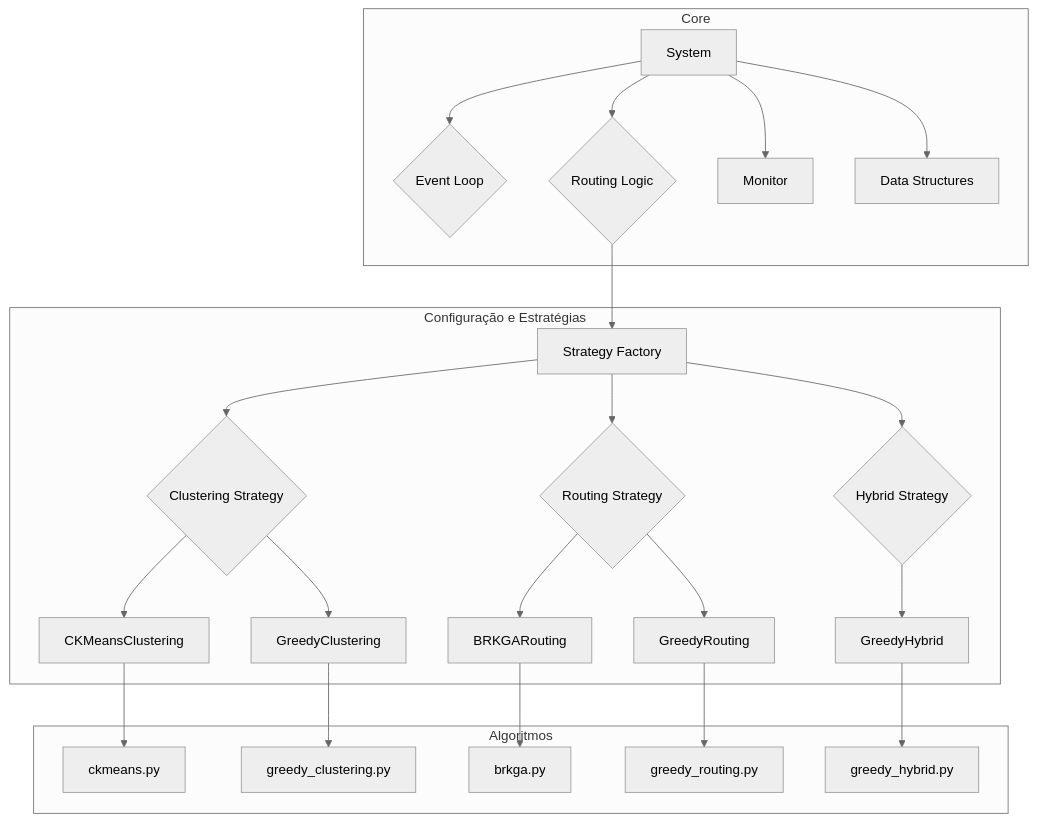
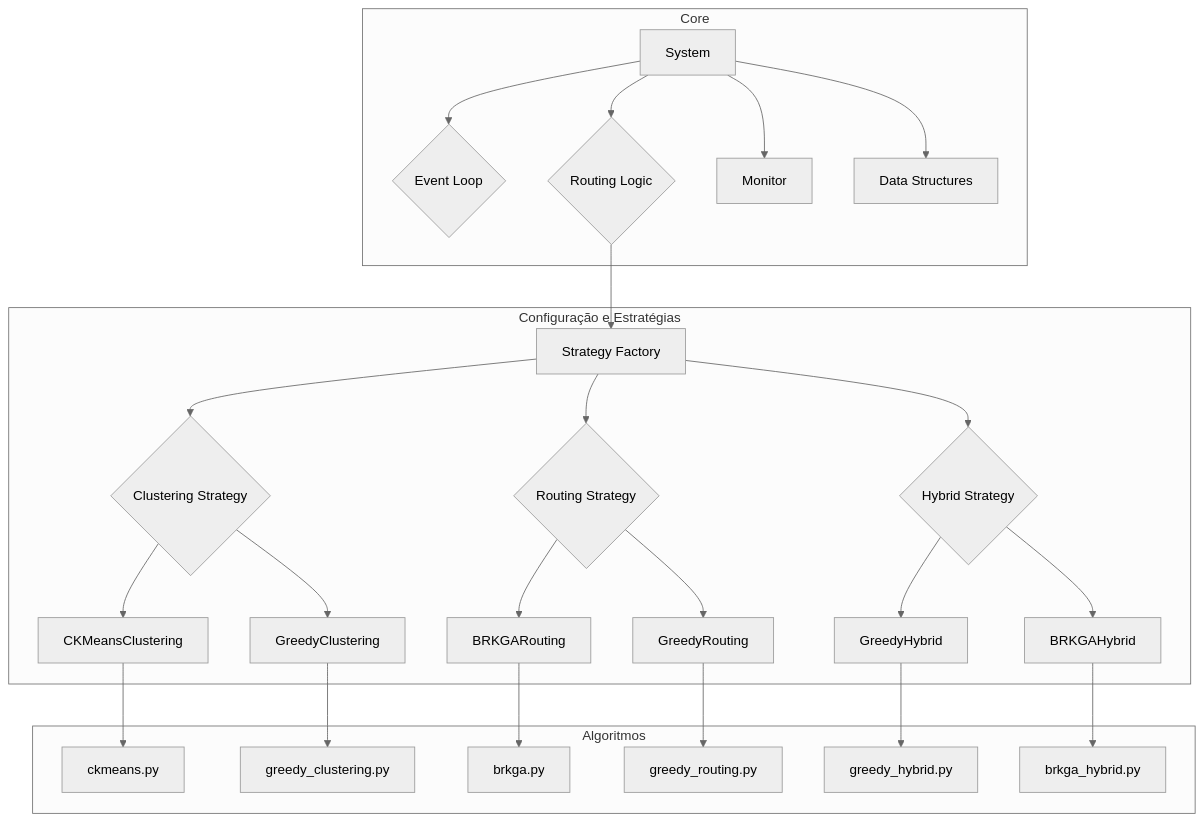
The diagram in README.md (ruancorrea/real-time-mrdp), drawn with Mermaid (neutral theme) before and after one commit. The commit also changed other lines of this file and 20 other files, not shown here.

````diff
--- a/README.md
+++ b/README.md
@@ -15,33 +15,35 @@
 ```mermaid
 graph TD
     A[System] --> B{Event Loop};
     A --> C{Routing Logic};
     C --> D[Strategy Factory];
     D --> E{Clustering Strategy};
     D --> F{Routing Strategy};
     D --> G{Hybrid Strategy};
     E --> E1[CKMeansClustering];
     E --> E2[GreedyClustering];
     F --> F1[BRKGARouting];
     F --> F2[GreedyRouting];
     G --> G1[GreedyHybrid];
+    G --> G2[BRKGAHybrid];
     E1 --> H[ckmeans.py];
     E2 --> I[greedy_clustering.py];
     F1 --> J[brkga.py];
     F2 --> K[greedy_routing.py];
     G1 --> L[greedy_hybrid.py];
+    G2 --> M_BH[brkga_hybrid.py];
     A --> M[Monitor];
     A --> N[Data Structures];
 
     subgraph "Algoritmos"
-        H; I; J; K; L;
+        H; I; J; K; L; M_BH;
     end
 
     subgraph "Configuração e Estratégias"
-        D; E; F; G; E1; E2; F1; F2; G1;
+        D; E; F; G; E1; E2; F1; F2; G1; G2;
     end
 
     subgraph "Core"
         A; B; C; M; N;
     end
 ```
````
